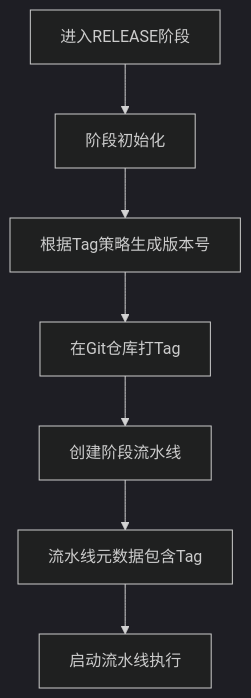
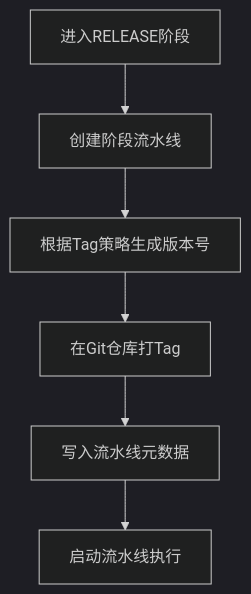
The fourth of 8 diagrams in docs/plans/procode-platform/hld/hld.md (qdw497874677/high-code-doc), drawn with Mermaid (dark theme) before and after one commit. The commit also changed other lines of this file, not shown here.

Commit message:
docs: 统一流程图，初始化合并到创建流水线节点

````diff
--- a/docs/plans/procode-platform/hld/hld.md
+++ b/docs/plans/procode-platform/hld/hld.md
@@ -159,9 +161,8 @@
 ```mermaid
 flowchart TD
-    A[进入RELEASE阶段] --> B[阶段初始化]
+    A[进入RELEASE阶段] --> B[创建阶段流水线]
     B --> C[根据Tag策略生成版本号]
     C --> D[在Git仓库打Tag]
-    D --> E[创建阶段流水线]
-    E --> F[流水线元数据包含Tag]
-    F --> G[启动流水线执行]
+    D --> E[写入流水线元数据]
+    E --> F[启动流水线执行]
 ```
````
